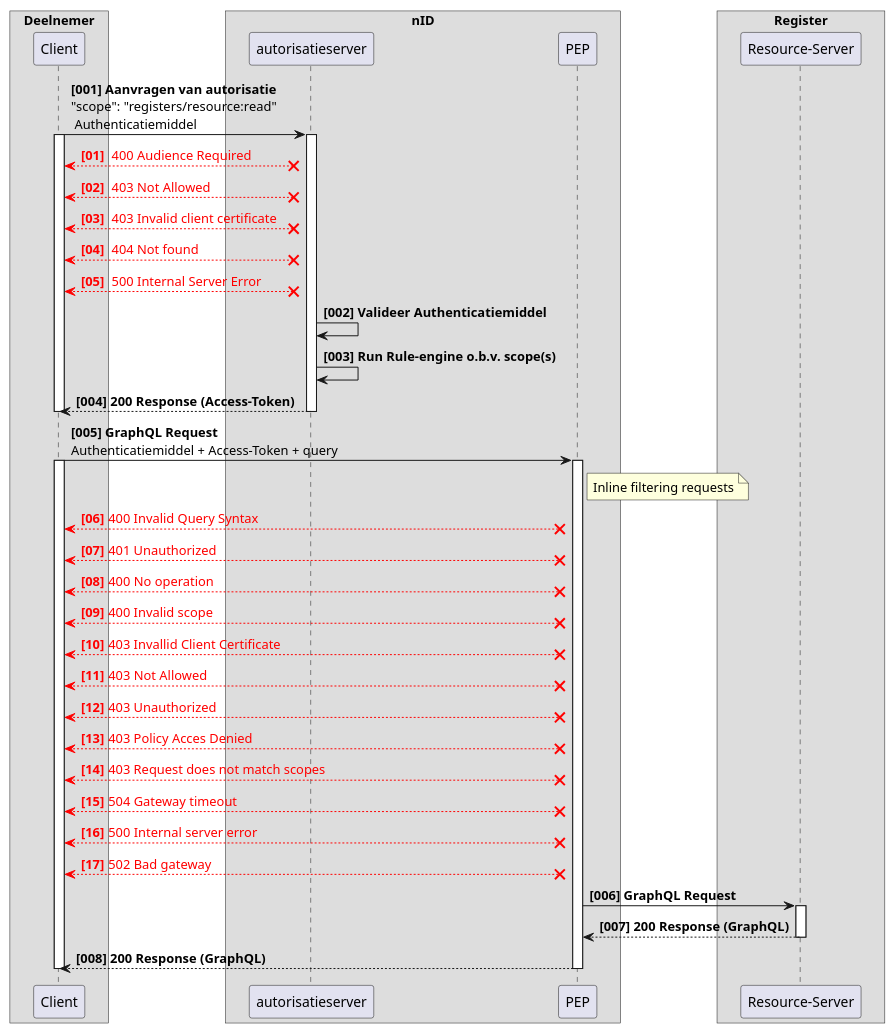
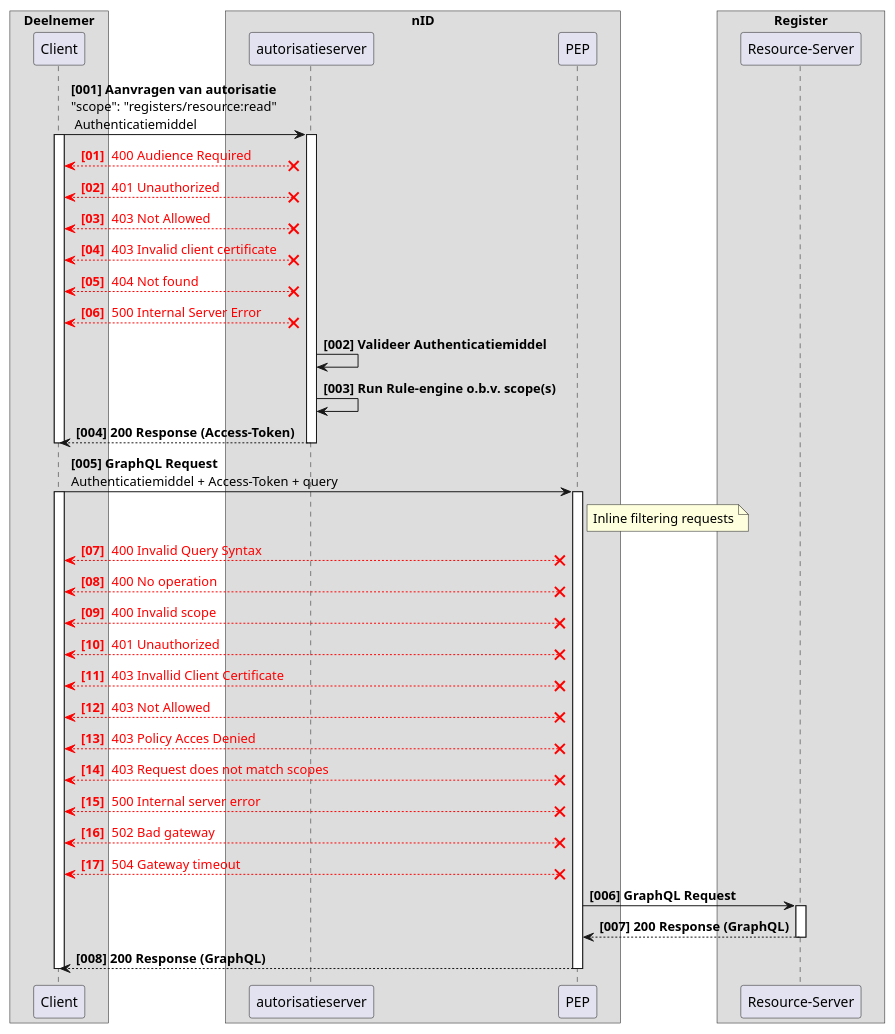
The diagram in plantUMLsrc/rfc0014-02-foutmeldingen_overzicht.puml (iStandaarden/iWlz-RequestForComment), drawn with PlantUML before and after one commit. The commit also changed 1 other file, not shown here.

Commit message:
Re-order error schema

```diff
--- a/plantUMLsrc/rfc0014-02-foutmeldingen_overzicht.puml
+++ b/plantUMLsrc/rfc0014-02-foutmeldingen_overzicht.puml
@@ -1,74 +1,73 @@
 @startuml rfc0014-2-foutmeldingen_overzicht
 ' !pragma teoz true
 
 skinparam ParticipantPadding 20
 skinparam BoxPadding 10
 
 box "Deelnemer"
     participant "Client" as Client
 end box
 
 box "nID"
     participant "autorisatieserver" as AuthzServer
     participant "PEP" as Filter
 end box
 
 box "Register"
     participant "Resource-Server" as resourceserver
 end box
 
 
 
 Client -> AuthzServer: <b>[001] **Aanvragen van autorisatie**\n"scope": "registers/resource:read"\n Authenticatiemiddel
 activate Client
 activate AuthzServer
 
 
 autonumber "<color:red><b>[00]"
 Client <-[#red]-X AuthzServer:<color:red> 400 Audience Required
+Client <-[#red]-X AuthzServer:<color:red> 401 Unauthorized
 Client <-[#red]-X AuthzServer:<color:red> 403 Not Allowed
 Client <-[#red]-X AuthzServer:<color:red> 403 Invalid client certificate
 Client <-[#red]-X AuthzServer:<color:red> 404 Not found
 Client <-[#red]-X AuthzServer:<color:red> 500 Internal Server Error
 autonumber stop
 
 
 
 AuthzServer -> AuthzServer: <b>[002] Valideer Authenticatiemiddel
 AuthzServer -> AuthzServer: <b>[003] Run Rule-engine o.b.v. scope(s)
 AuthzServer --> Client --: <b>[004] 200 Response (Access-Token)
 deactivate AuthzServer
 deactivate Client
 
 Client -> Filter: <b>[005] **GraphQL Request**\nAuthenticatiemiddel + Access-Token + query
 activate Client
 activate Filter
 note right of Filter: Inline filtering requests
 
 autonumber resume
-
-    Client <-[#red]-X Filter: <color:red>400 Invalid Query Syntax
-    Client <-[#red]-X Filter: <color:red>401 Unauthorized
-    Client <-[#red]-X Filter: <color:red>400 No operation
-    Client <-[#red]-X Filter: <color:red>400 Invalid scope
-    Client <-[#red]-X Filter: <color:red>403 Invallid Client Certificate
-    Client <-[#red]-X Filter: <color:red>403 Not Allowed
-    Client <-[#red]-X Filter: <color:red>403 Unauthorized
-    Client <-[#red]-X Filter: <color:red>403 Policy Acces Denied
-    Client <-[#red]-X Filter: <color:red>403 Request does not match scopes
-    Client <-[#red]-X Filter: <color:red>504 Gateway timeout
-    Client <-[#red]-X Filter: <color:red>500 Internal server error
-    Client <-[#red]-X Filter: <color:red>502 Bad gateway
+    Client <-[#red]-X Filter: <color:red> 400 Invalid Query Syntax
+    Client <-[#red]-X Filter: <color:red> 400 No operation
+    Client <-[#red]-X Filter: <color:red> 400 Invalid scope
+    Client <-[#red]-X Filter: <color:red> 401 Unauthorized
+    Client <-[#red]-X Filter: <color:red> 403 Invallid Client Certificate
+    Client <-[#red]-X Filter: <color:red> 403 Not Allowed
+    Client <-[#red]-X Filter: <color:red> 403 Policy Acces Denied
+    Client <-[#red]-X Filter: <color:red> 403 Request does not match scopes
+    Client <-[#red]-X Filter: <color:red> 500 Internal server error
+    Client <-[#red]-X Filter: <color:red> 502 Bad gateway
+    Client <-[#red]-X Filter: <color:red> 504 Gateway timeout
 autonumber stop
 
 
 Filter -> resourceserver: <b>[006] GraphQL Request
 activate resourceserver
 resourceserver --> Filter: <b>[007] 200 Response (GraphQL)
 deactivate resourceserver
 
 Filter --> Client: <b>[008] 200 Response (GraphQL)
 deactivate Filter
 deactivate Client
 
 @enduml
```
